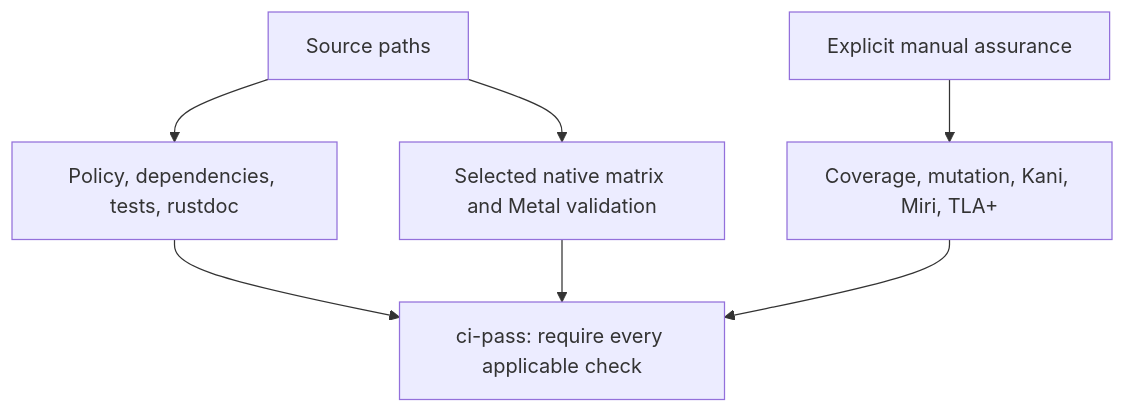
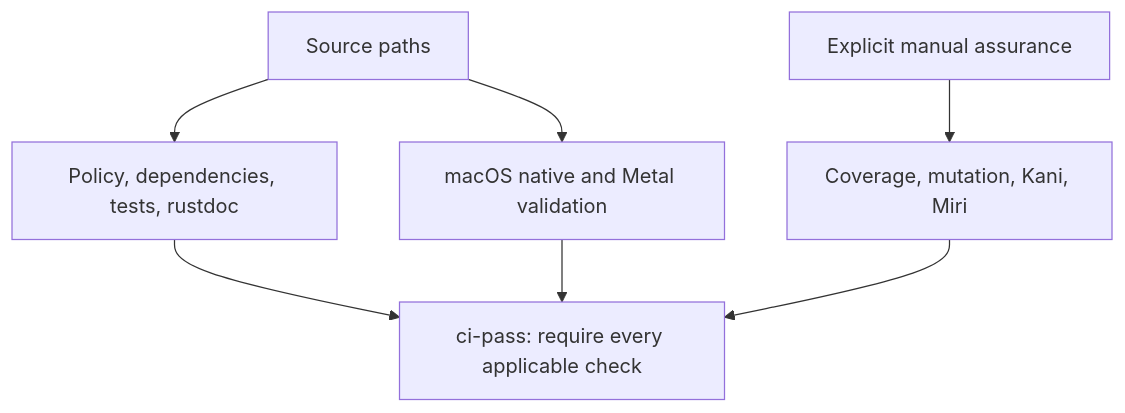
The diagram in docs/architecture/testing-and-evidence.md (dbuddha/alpine-gpui), drawn with Mermaid before and after one commit. The commit also changed other lines of this file and 152 other files, not shown here.

````diff
--- a/docs/architecture/testing-and-evidence.md
+++ b/docs/architecture/testing-and-evidence.md
@@ -136,9 +135,9 @@
 ```mermaid
 flowchart TB
     source["Source paths"] --> quality["Policy, dependencies, tests, rustdoc"]
-    source --> native["Selected native matrix and Metal validation"]
-    manual["Explicit manual assurance"] --> specialized["Coverage, mutation, Kani, Miri, TLA+"]
+    source --> native["macOS native and Metal validation"]
+    manual["Explicit manual assurance"] --> specialized["Coverage, mutation, Kani, Miri"]
     quality --> aggregate["ci-pass: require every applicable check"]
     native --> aggregate
     specialized --> aggregate
 ```
````
